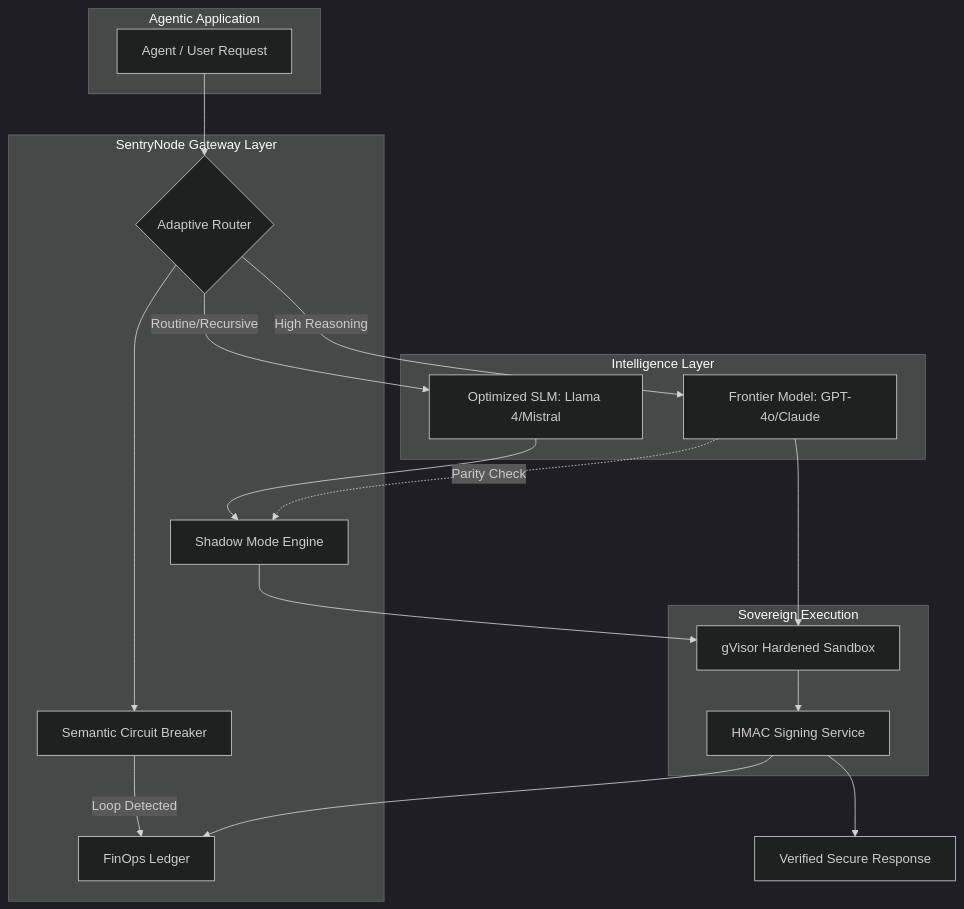
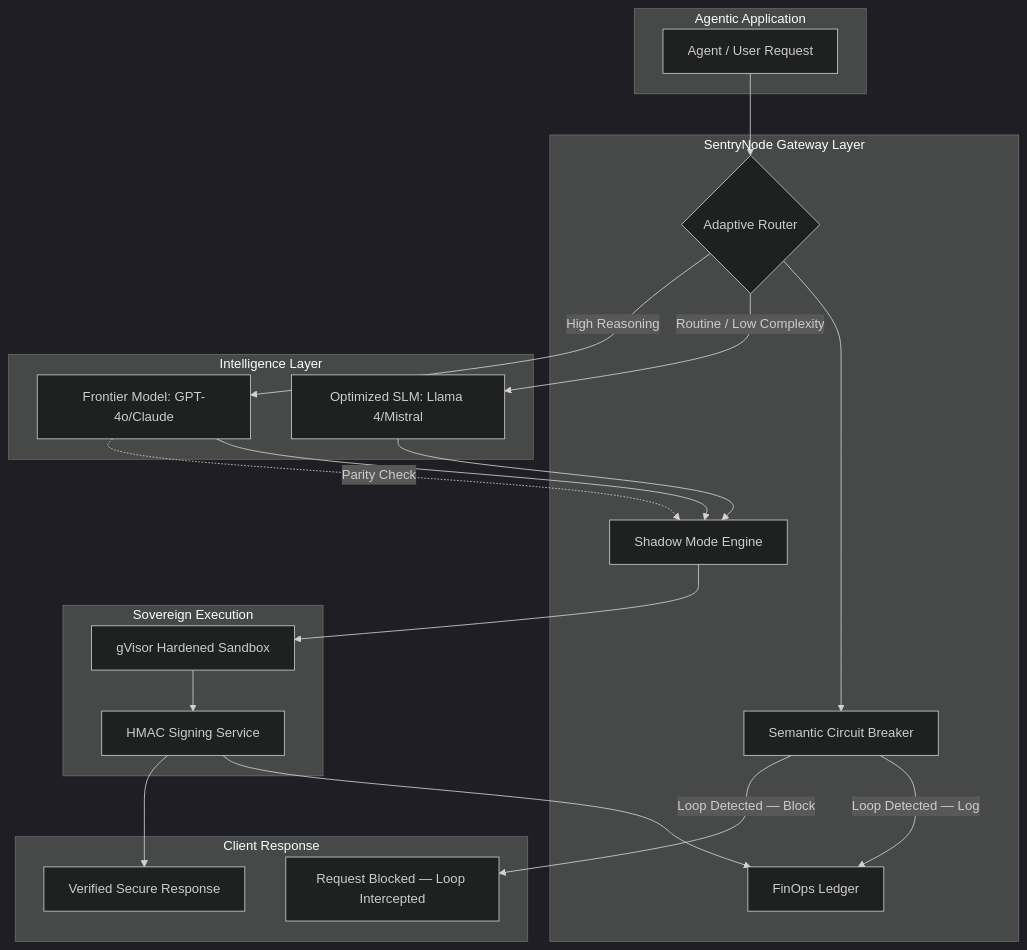
Before and after one commit to nehadangwal/sentrynode-gateway: the diagram in ARCHITECTURE.md, drawn with Mermaid (dark theme).

````diff
--- a/ARCHITECTURE.md
+++ b/ARCHITECTURE.md
@@ -1,45 +1,47 @@
 ```mermaid
 graph TB
     subgraph Client_Layer [Agentic Application]
         A[Agent / User Request]
     end
-
     subgraph SentryNode_Core [SentryNode Gateway Layer]
         B{Adaptive Router}
         C[Semantic Circuit Breaker]
         D[FinOps Ledger]
         E[Shadow Mode Engine]
     end
-
     subgraph Model_Tier [Intelligence Layer]
         F[Frontier Model: GPT-4o/Claude]
         G[Optimized SLM: Llama 4/Mistral]
     end
-
     subgraph Security_Tier [Sovereign Execution]
         H[gVisor Hardened Sandbox]
         I[HMAC Signing Service]
+    end
+    subgraph Output_Layer [Client Response]
+        J[Verified Secure Response]
+        K[Request Blocked — Loop Intercepted]
     end
 
     %% Workflow Connections
     A --> B
     B -- "High Reasoning" --> F
-    B -- "Routine/Recursive" --> G
-    
+    B -- "Routine / Low Complexity" --> G
+
     %% Governance Loop
+    B --> C
+    C -->|Loop Detected — Block| K
+    C -->|Loop Detected — Log| D
+
+    %% Shadow Mode Parity
     G --> E
     F -.->|Parity Check| E
-    
-    %% Guardrails
-    B --> C
-    C -->|Loop Detected| D
-    
-    %% Final Output
+
+    %% Final Output Path — both models flow through Shadow then Sandbox
+    F --> E
     E --> H
-    F --> H
     H --> I
-    I --> J[Verified Secure Response]
-    
+    I --> J
+
     %% FinOps Reporting
     I --> D
 ```
````
